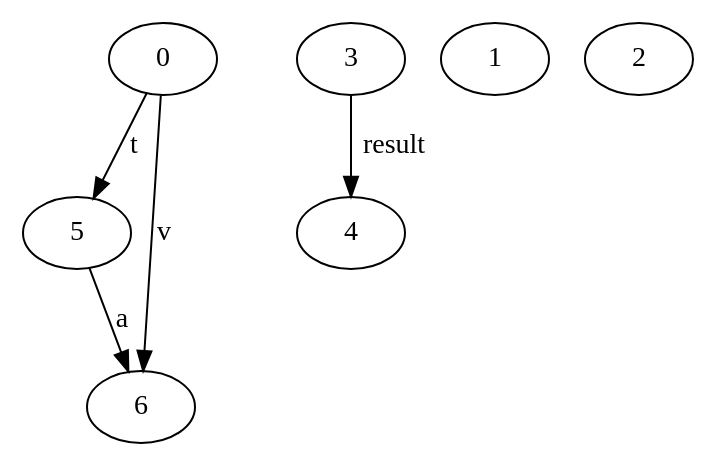
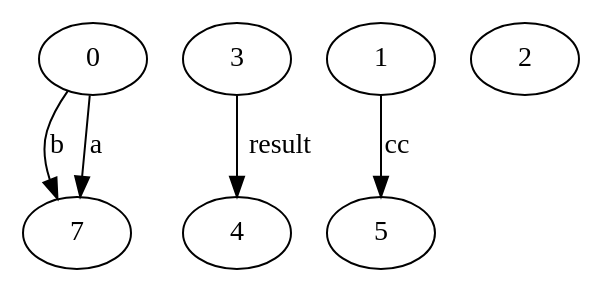
The diagram in AliasingImpl/source/test.dot (varivera/aliasing-java), drawn with Graphviz before and after one commit. The commit also changed 8 other files, not shown here.

```diff
--- a/AliasingImpl/source/test.dot
+++ b/AliasingImpl/source/test.dot
@@ -1,13 +1,13 @@
 digraph G {
-n5->n6 [label="a"]
-n0->n6 [label="v"]
-n0->n5 [label="t"]
+n0->n7 [label="b"]
+n0->n7 [label="a"]
 n0[label="0"]
-n5[label="5"]
-n6[label="6"]
+n7[label="7"]
 n3->n4 [label="result"]
 n3[label="3"]
 n4[label="4"]
+n1->n5 [label="cc"]
 n1[label="1"]
+n5[label="5"]
 n2[label="2"]
 }
```
